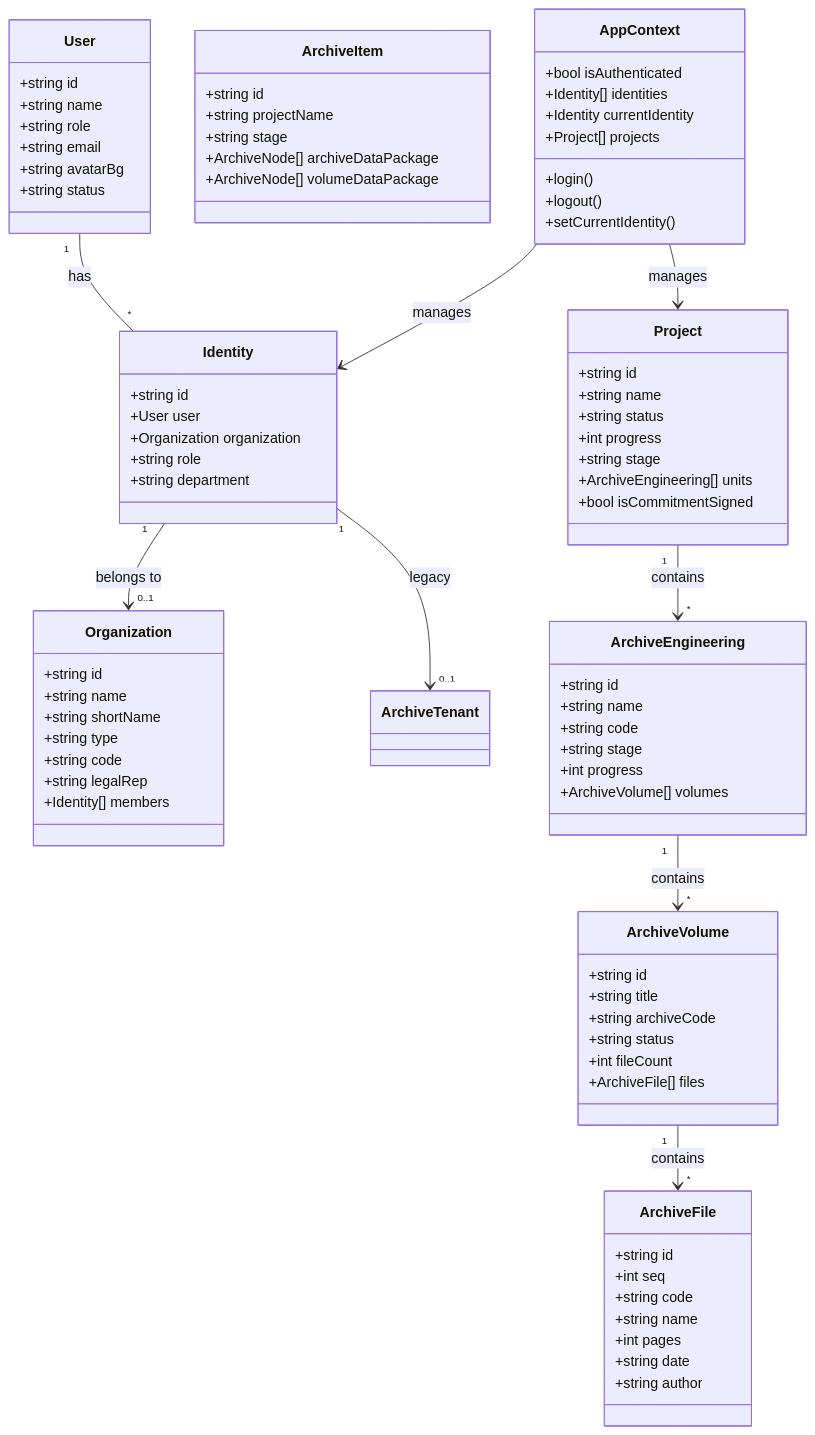
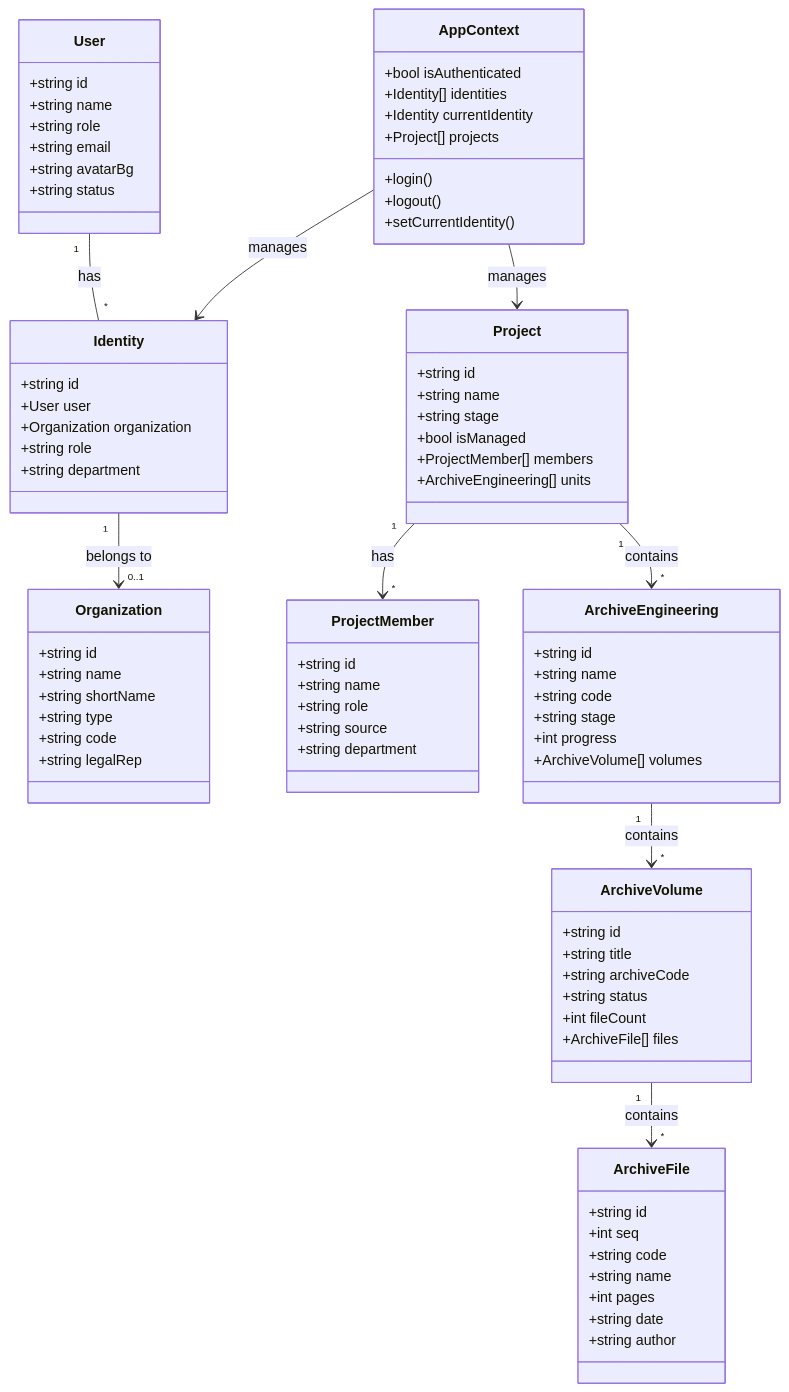
The third of 4 diagrams in docs/business-logic.md (abanni/LantaiCloud_capture-audit), drawn with Mermaid before and after one commit. The commit also changed other lines of this file and 14 other files, not shown here.

Commit message:
docs: update md files, move to docs/, add project member management

```diff
--- a/docs/business-logic.md
+++ b/docs/business-logic.md
@@ -93,7 +114,6 @@
         +string type
         +string code
         +string legalRep
-        +Identity[] members
     }
 
     class Identity {
@@ -107,11 +127,18 @@
     class Project {
         +string id
         +string name
-        +string status
-        +int progress
         +string stage
+        +bool isManaged
+        +ProjectMember[] members
         +ArchiveEngineering[] units
-        +bool isCommitmentSigned
+    }
+
+    class ProjectMember {
+        +string id
+        +string name
+        +string role
+        +string source
+        +string department
     }
 
     class ArchiveEngineering {
@@ -142,14 +169,6 @@
         +string author
     }
 
-    class ArchiveItem {
-        +string id
-        +string projectName
-        +string stage
-        +ArchiveNode[] archiveDataPackage
-        +ArchiveNode[] volumeDataPackage
-    }
-
     class AppContext {
         +bool isAuthenticated
         +Identity[] identities
@@ -162,7 +181,7 @@
 
     User "1" -- "*" Identity : has
     Identity "1" --> "0..1" Organization : belongs to
-    Identity "1" --> "0..1" ArchiveTenant : legacy
+    Project "1" --> "*" ProjectMember : has
     Project "1" --> "*" ArchiveEngineering : contains
     ArchiveEngineering "1" --> "*" ArchiveVolume : contains
     ArchiveVolume "1" --> "*" ArchiveFile : contains
```
